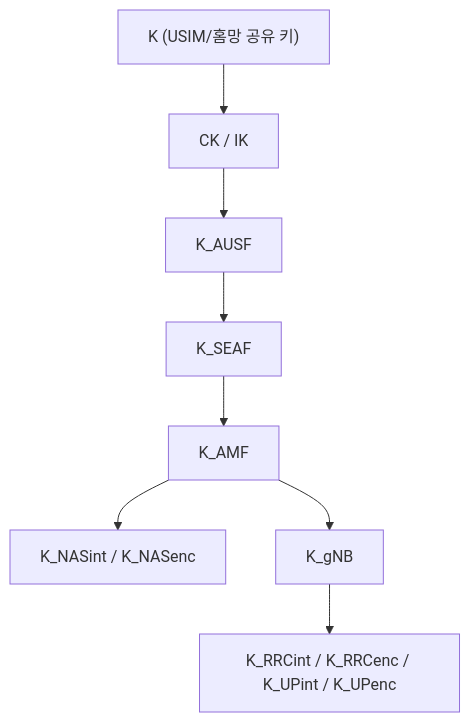
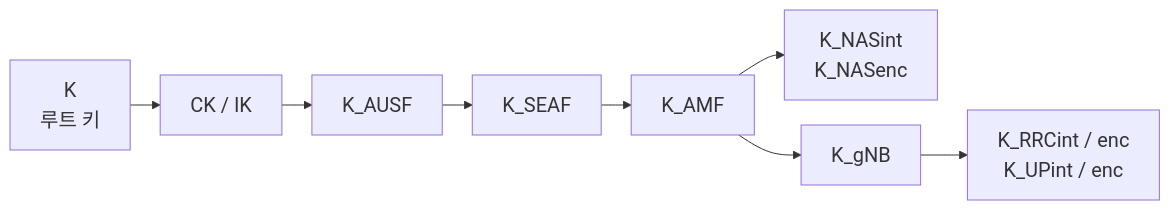
Before and after one commit to secututor/security-knowledge-base: the diagram in 5g-security/fundamentals/01-01-5G_Key_Hierarchy.md, drawn with Mermaid. The commit also changed other lines of this file and 2 other files, not shown here.

Commit message:
docs(5g): 키 계층도를 Mermaid 가로(A-2 스타일)로 통일하고 SVG 제거

````diff
--- a/5g-security/fundamentals/01-01-5G_Key_Hierarchy.md
+++ b/5g-security/fundamentals/01-01-5G_Key_Hierarchy.md
@@ -19,10 +15,11 @@
 ```mermaid
-flowchart TD
-    K["K (USIM/홈망 공유 키)"] --> CKIK["CK / IK"]
+%%{init: {"themeVariables": {"fontSize": "20px"}, "flowchart": {"nodeSpacing": 25, "rankSpacing": 30}}}%%
+flowchart LR
+    K["K<br>루트 키"] --> CKIK["CK / IK"]
     CKIK --> KAUSF["K_AUSF"]
     KAUSF --> KSEAF["K_SEAF"]
     KSEAF --> KAMF["K_AMF"]
-    KAMF --> NAS["K_NASint / K_NASenc"]
+    KAMF --> NAS["K_NASint<br>K_NASenc"]
     KAMF --> KGNB["K_gNB"]
-    KGNB --> AS["K_RRCint / K_RRCenc / K_UPint / K_UPenc"]
+    KGNB --> AS["K_RRCint / enc<br>K_UPint / enc"]
 ```
````
